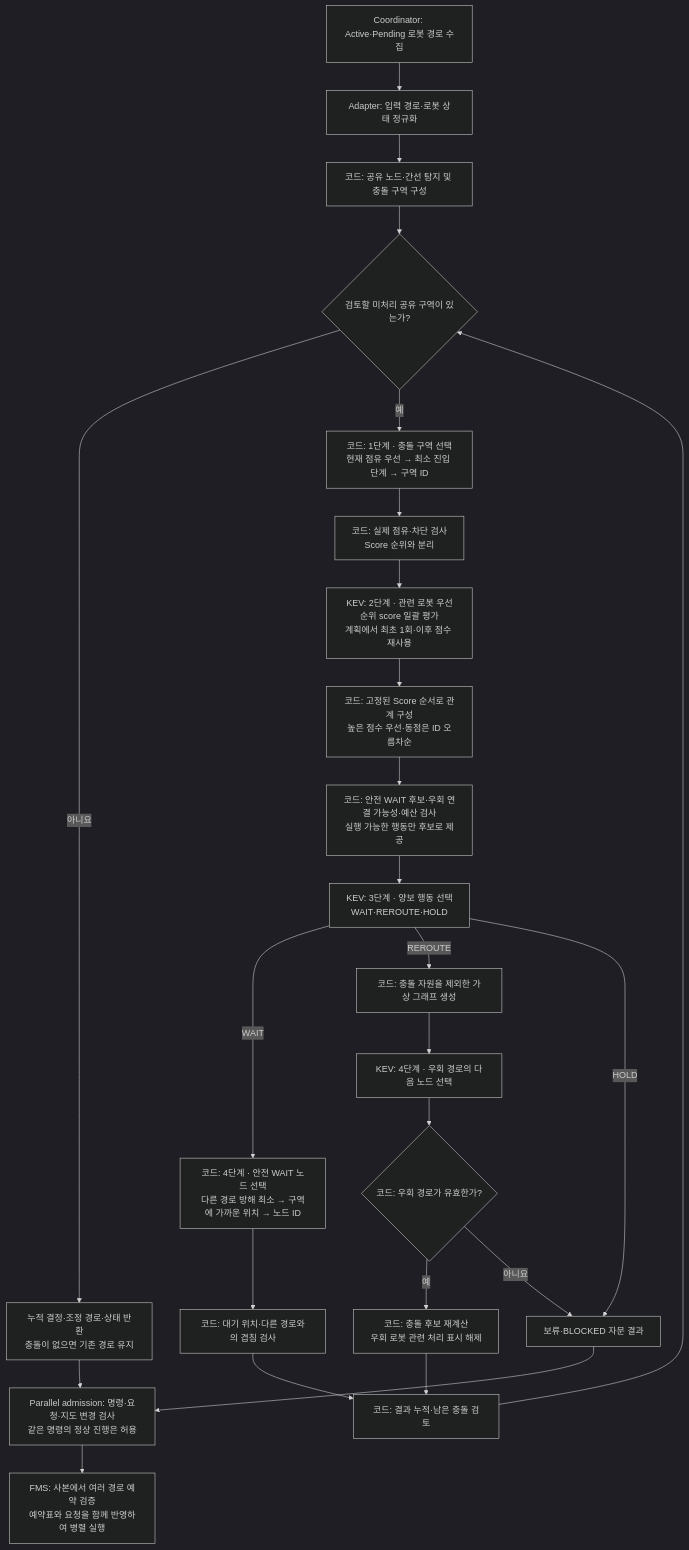
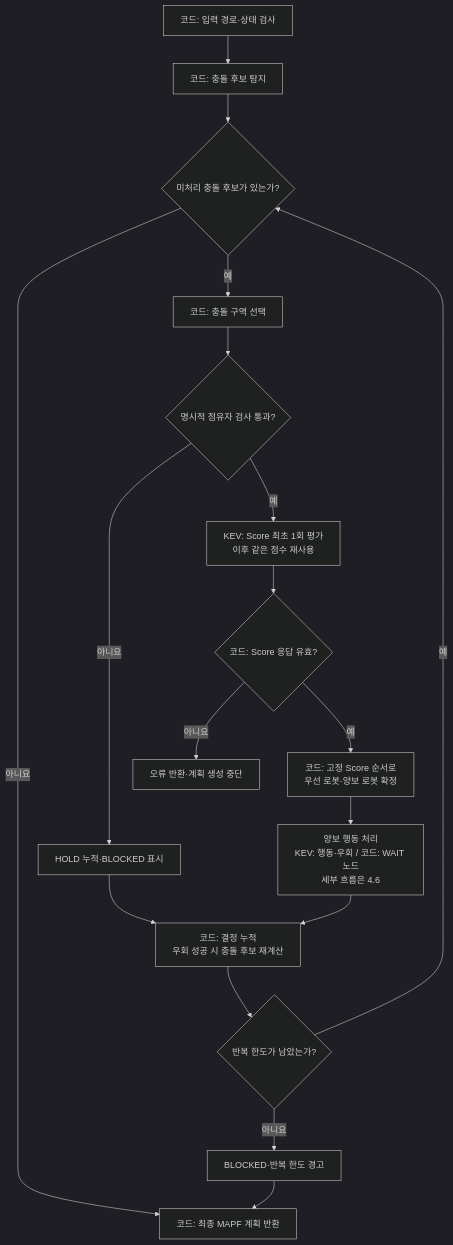
The second of 9 diagrams in docs/kev_mapf_flowchart.md (E1I6-Logistics/Logistics_AI), drawn with Mermaid (dark theme) before and after one commit. The commit also changed other lines of this file, not shown here.

````diff
--- a/docs/kev_mapf_flowchart.md
+++ b/docs/kev_mapf_flowchart.md
@@ -113,30 +146,20 @@
 ```mermaid
 flowchart TD
-    A["Coordinator: Active·Pending 로봇 경로 수집"] --> B["Adapter: 입력 경로·로봇 상태 정규화"]
-    B --> C["코드: 공유 노드·간선 탐지 및 충돌 구역 구성"]
-    C --> D{"검토할 미처리 공유 구역이 있는가?"}
-    D -- 아니요 --> P["누적 결정·조정 경로·상태 반환<br/>충돌이 없으면 기존 경로 유지"]
-    D -- 예 --> E["코드: 1단계 · 충돌 구역 선택<br/>현재 점유 우선 → 최소 진입 단계 → 구역 ID"]
-    E --> F["코드: 실제 점유·차단 검사<br/>Score 순위와 분리"]
-    F --> G["KEV: 2단계 · 관련 로봇 우선순위 score 일괄 평가<br/>계획에서 최초 1회·이후 점수 재사용"]
-    G --> GS["코드: 고정된 Score 순서로 관계 구성<br/>높은 점수 우선·동점은 ID 오름차순"]
-    GS --> AC["코드: 안전 WAIT 후보·우회 연결 가능성·예산 검사<br/>실행 가능한 행동만 후보로 제공"]
-    AC --> H["KEV: 3단계 · 양보 행동 선택<br/>WAIT·REROUTE·HOLD"]
-
-    H -- WAIT --> I["코드: 4단계 · 안전 WAIT 노드 선택<br/>다른 경로 방해 최소 → 구역에 가까운 위치 → 노드 ID"]
-    I --> J["코드: 대기 위치·다른 경로와의 겹침 검사"]
-    J --> N["코드: 결과 누적·남은 충돌 검토"]
-
-    H -- REROUTE --> K["코드: 충돌 자원을 제외한 가상 그래프 생성"]
-    K --> L["KEV: 4단계 · 우회 경로의 다음 노드 선택"]
-    L --> M{"코드: 우회 경로가 유효한가?"}
-    M -- 예 --> NR["코드: 충돌 후보 재계산<br/>우회 로봇 관련 처리 표시 해제"]
-    NR --> N
-    M -- 아니요 --> O
-
-    H -- HOLD --> O["보류·BLOCKED 자문 결과"]
-    N --> D
-    P --> Q["Parallel admission: 명령·요청·지도 변경 검사<br/>같은 명령의 정상 진행은 허용"]
-    O --> Q
-    Q --> R["FMS: 사본에서 여러 경로 예약 검증<br/>예약표와 요청을 함께 반영하여 병렬 실행"]
+    A["코드: 입력 경로·상태 검사"] --> B["코드: 충돌 후보 탐지"]
+    B --> C{"미처리 충돌 후보가 있는가?"}
+    C -- "아니요" --> Z["코드: 최종 MAPF 계획 반환"]
+    C -- "예" --> D["코드: 충돌 구역 선택"]
+    D --> E{"명시적 점유자 검사 통과?"}
+    E -- "아니요" --> H["HOLD 누적·BLOCKED 표시"]
+    E -- "예" --> F["KEV: Score 최초 1회 평가<br/>이후 같은 점수 재사용"]
+    F --> G{"코드: Score 응답 유효?"}
+    G -- "아니요" --> X["오류 반환·계획 생성 중단"]
+    G -- "예" --> P["코드: 고정 Score 순서로<br/>우선 로봇·양보 로봇 확정"]
+    P --> Q["양보 행동 처리<br/>KEV: 행동·우회 / 코드: WAIT 노드<br/>세부 흐름은 4.6"]
+    Q --> N["코드: 결정 누적<br/>우회 성공 시 충돌 후보 재계산"]
+    H --> N
+    N --> L{"반복 한도가 남았는가?"}
+    L -- "예" --> C
+    L -- "아니요" --> O["BLOCKED·반복 한도 경고"]
+    O --> Z
 ```
````
